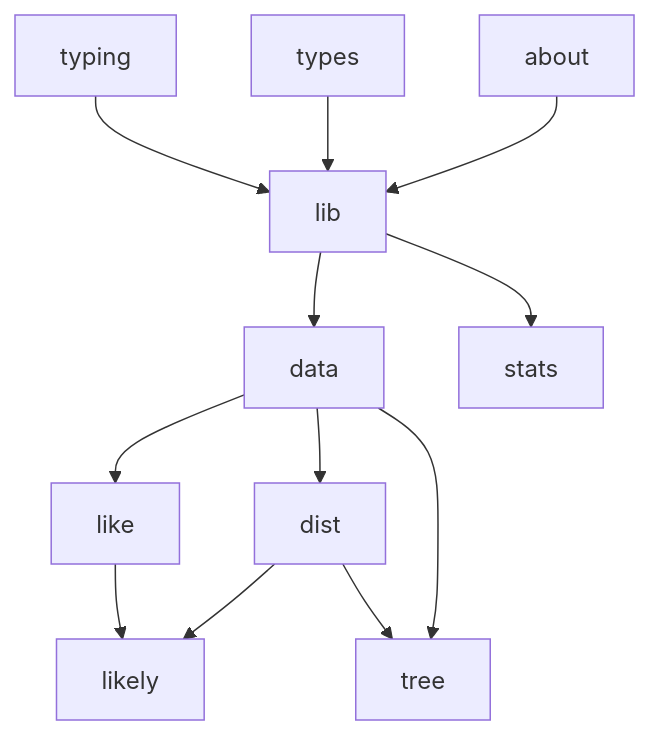
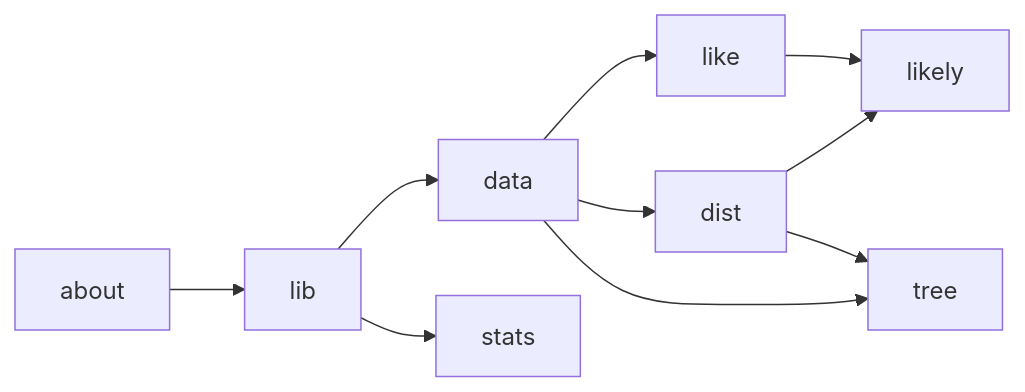
The diagram in ezr/README.md (timm/ABC), drawn with Mermaid before and after one commit.

````diff
--- a/ezr/README.md
+++ b/ezr/README.md
@@ -3,14 +3,12 @@
 ```mermaid
-graph TD;
+graph LR;
 lib --> data;
 data --> dist;
 about --> lib;
-types --> lib;
-typing --> lib;
 data --> like;
 dist --> likely;
 like --> likely;
 lib --> stats;
 data --> tree;
 dist --> tree;
 ```
````
